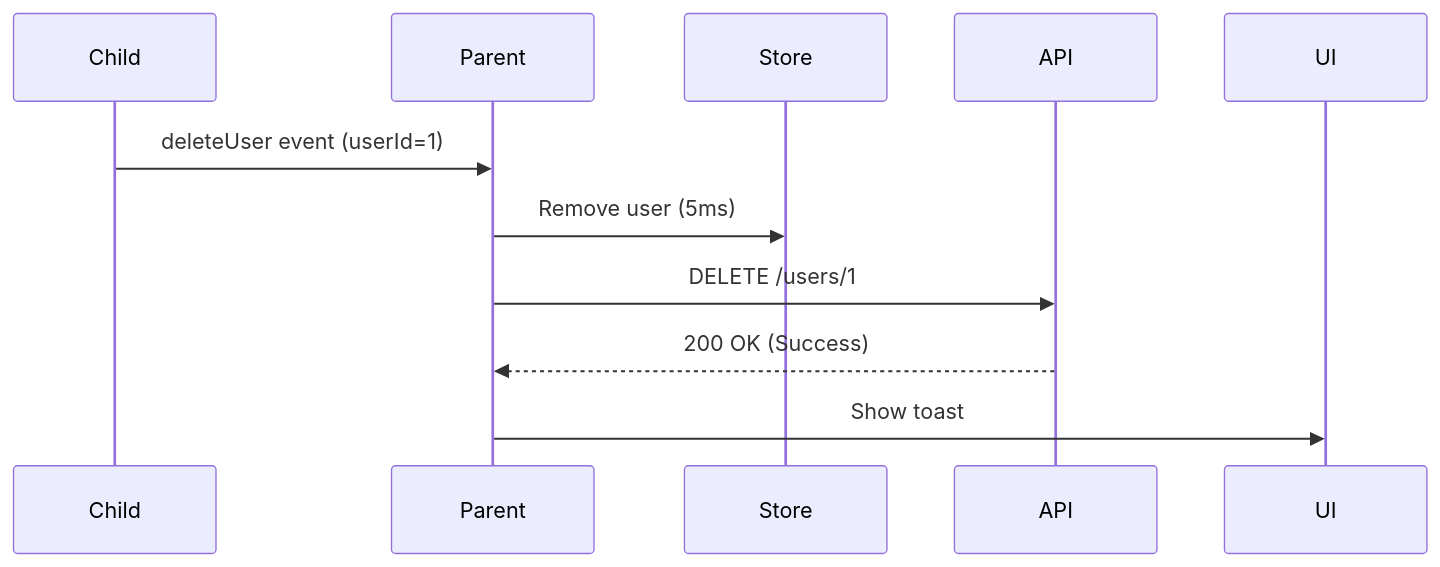
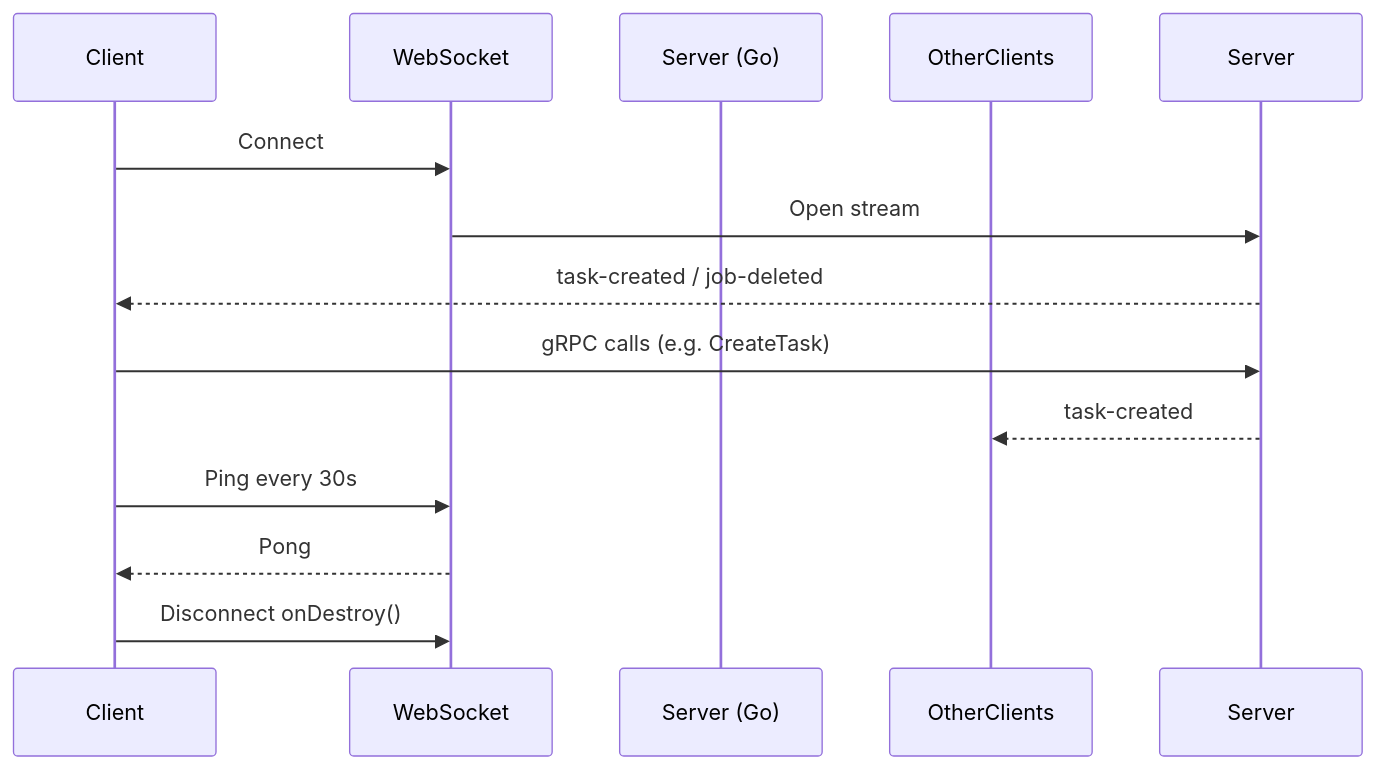
The diagram in ui/README.md (scitq/scitq), drawn with Mermaid before and after one commit. The commit also changed other lines of this file and 64 other files, not shown here.

Commit message:
WebSocket + Begin Production + HTTPS

````diff
--- a/ui/README.md
+++ b/ui/README.md
@@ -374,14 +409,16 @@
 ```mermaid
 sequenceDiagram
-    participant Child
-    participant Parent
-    participant Store
-    participant API
-    participant UI
-    
-    Child->>Parent: deleteUser event (userId=1)
-    Parent->>Store: Remove user (5ms)
-    Parent->>API: DELETE /users/1
-    API-->>Parent: 200 OK (Success)
-    Parent->>UI: Show toast
+    participant Client
+    participant WebSocket
+    participant Server (Go)
+    participant OtherClients
+
+    Client->>WebSocket: Connect
+    WebSocket->>Server: Open stream
+    Server-->>Client: task-created / job-deleted
+    Client->>Server: gRPC calls (e.g. CreateTask)
+    Server-->>OtherClients: task-created
+    Client->>WebSocket: Ping every 30s
+    WebSocket-->>Client: Pong
+    Client->>WebSocket: Disconnect onDestroy()
 ```
````
